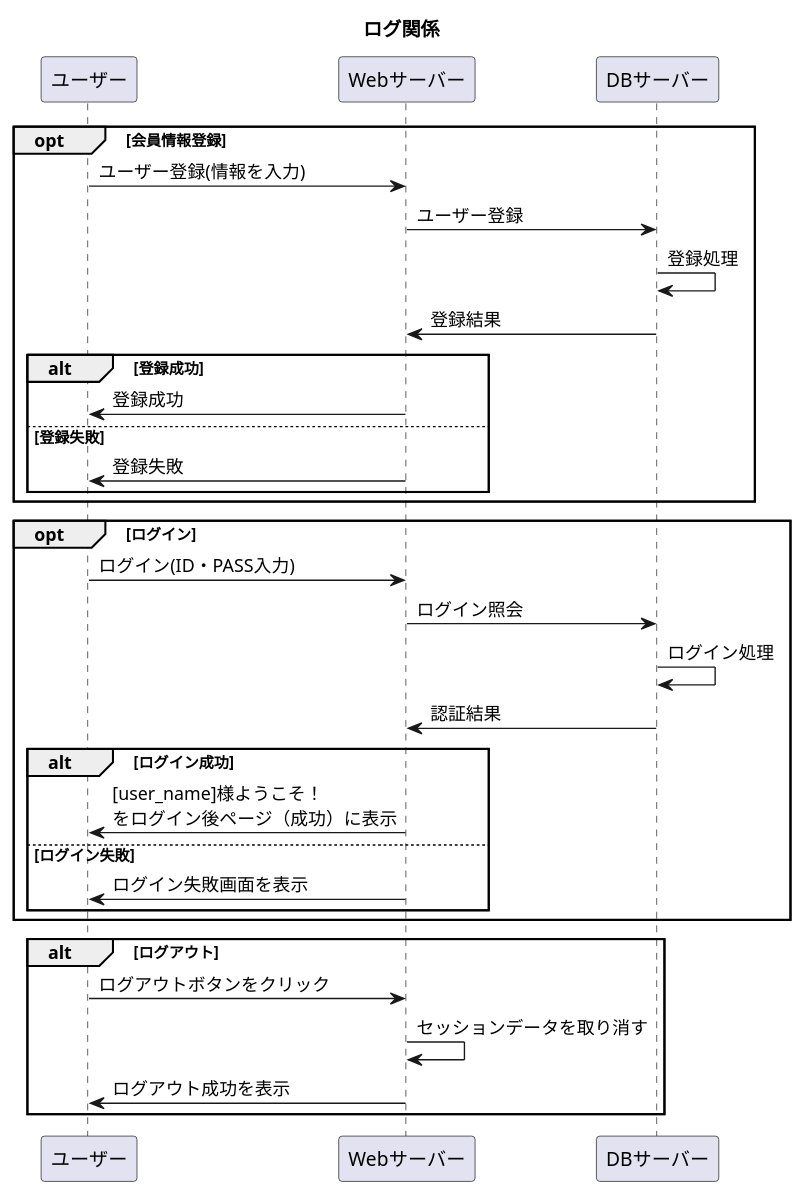
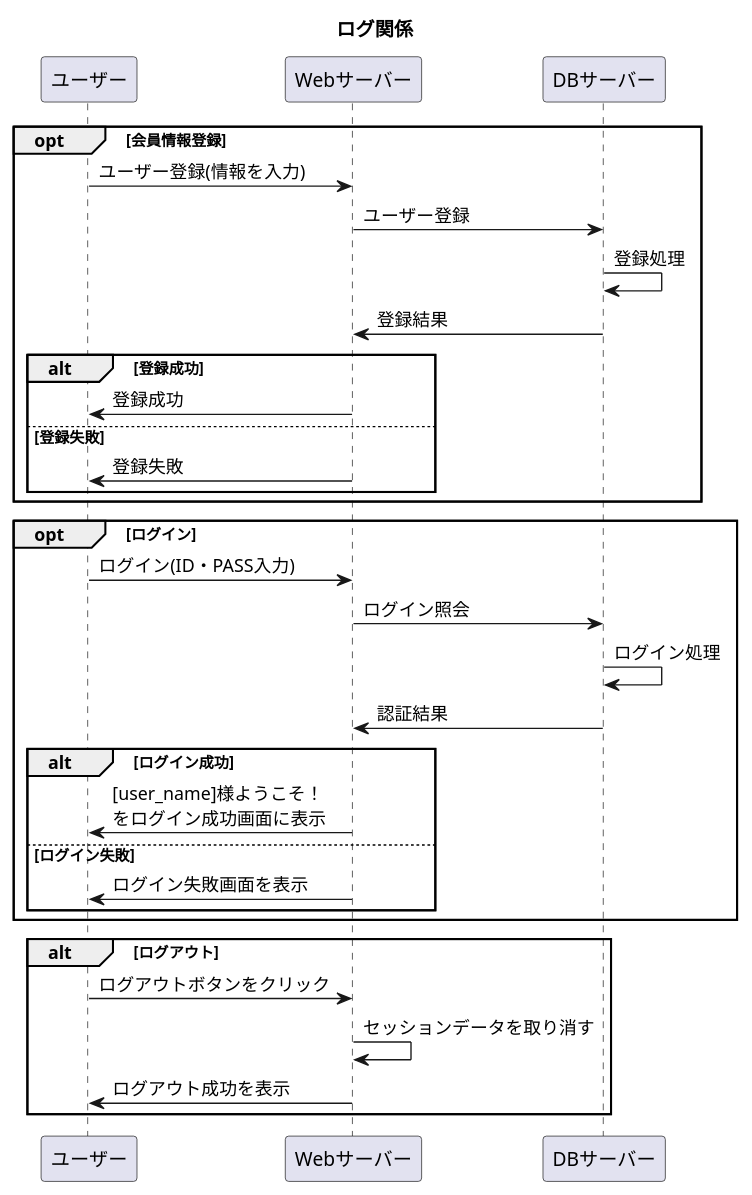
The diagram in 設計書/02_業務フロー/Log-flow.md (Aso2001227/Aso-Sports-1), drawn with PlantUML before and after one commit.

````diff
--- a/設計書/02_業務フロー/Log-flow.md
+++ b/設計書/02_業務フロー/Log-flow.md
@@ -1,32 +1,32 @@
 ```uml
 @startuml
 title: ログ関係
 opt 会員情報登録
   ユーザー -> Webサーバー : ユーザー登録(情報を入力)
   Webサーバー -> DBサーバー : ユーザー登録
   DBサーバー -> DBサーバー : 登録処理
   DBサーバー -> Webサーバー : 登録結果
   alt 登録成功
     Webサーバー -> ユーザー : 登録成功
     else 登録失敗
     Webサーバー -> ユーザー : 登録失敗
   end
   end
   opt ログイン
       ユーザー -> Webサーバー : ログイン(ID・PASS入力)
       Webサーバー -> DBサーバー : ログイン照会
       DBサーバー -> DBサーバー : ログイン処理
       DBサーバー -> Webサーバー : 認証結果
       alt ログイン成功
-        Webサーバー -> ユーザー : [user_name]様ようこそ！\nをログイン後ページ（成功）に表示
+        Webサーバー -> ユーザー : [user_name]様ようこそ！\nをログイン成功画面に表示
        else ログイン失敗
         Webサーバー -> ユーザー : ログイン失敗画面を表示
       end
       end
     alt ログアウト
       ユーザー ->Webサーバー :ログアウトボタンをクリック
       Webサーバー -> Webサーバー :セッションデータを取り消す
       Webサーバー -> ユーザー :ログアウト成功を表示 
      end
 @enduml
 ```
````
